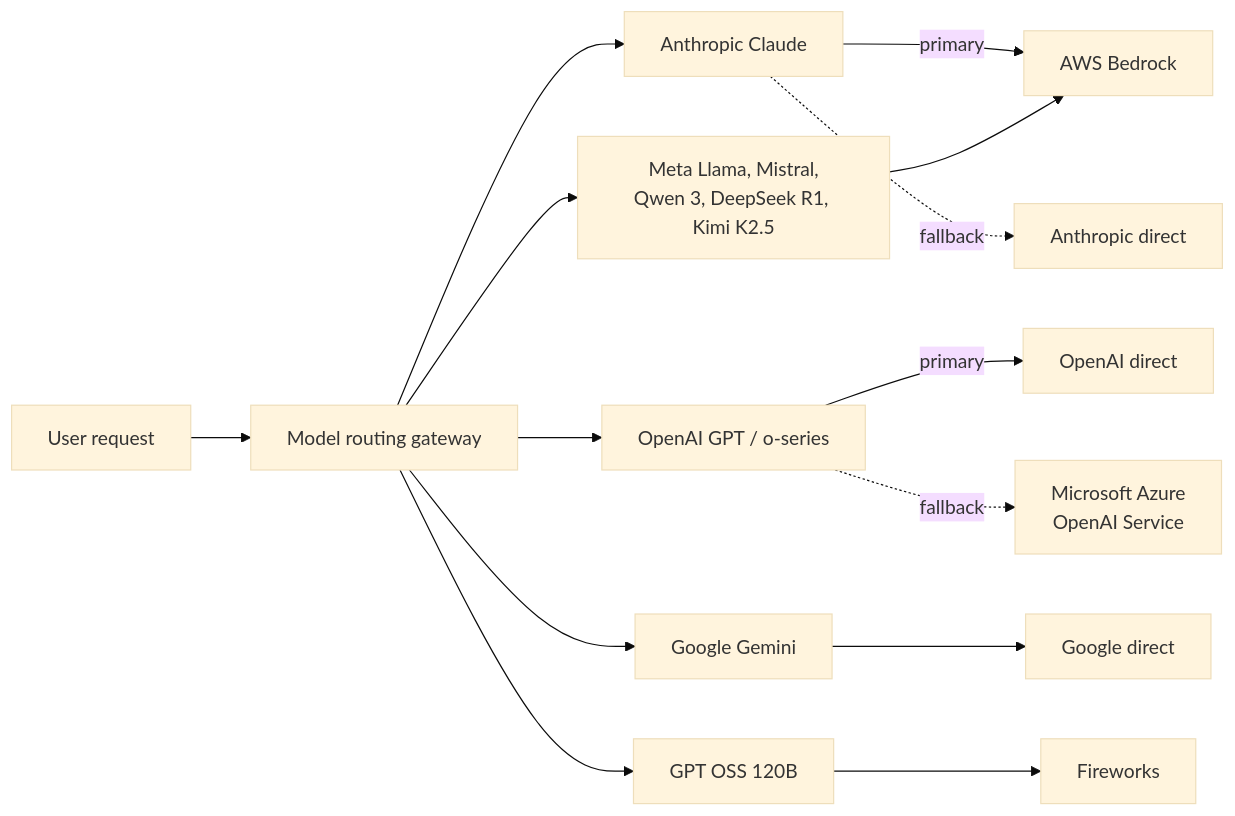
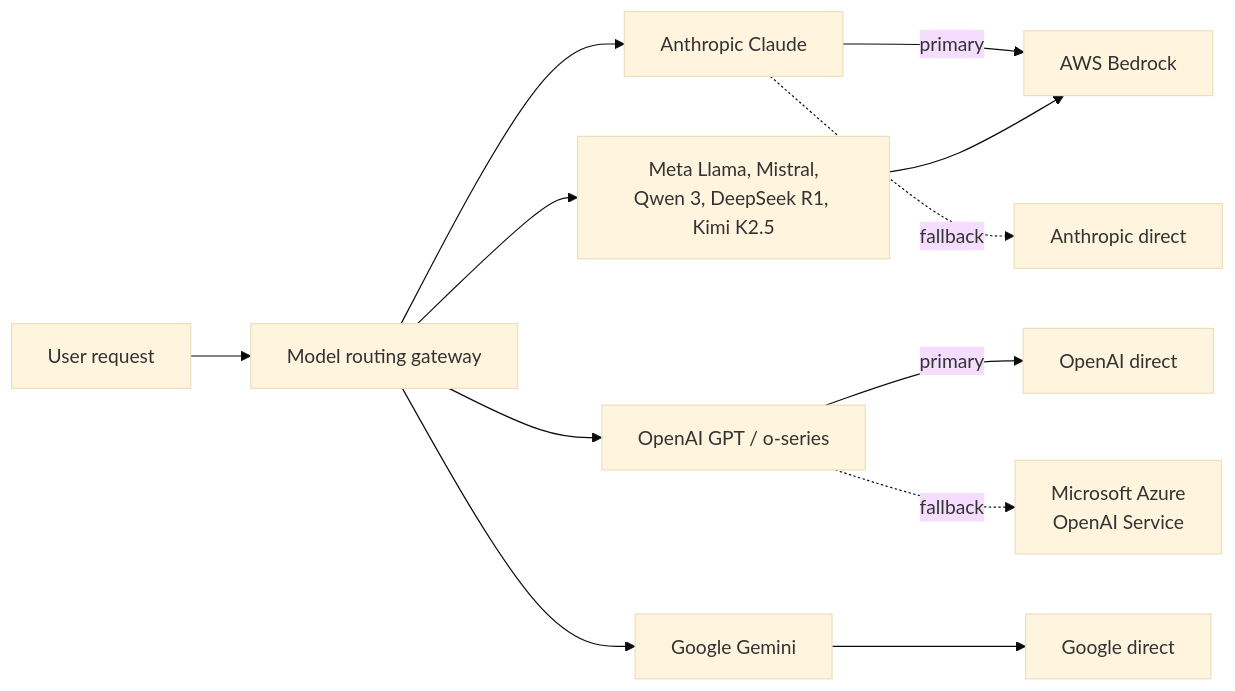
The diagram in faq/Technical.mdx (wymankhuu/docs), drawn with Mermaid (base theme) before and after one commit. The commit also changed other lines of this file and 5 other files, not shown here.

````diff
--- a/faq/Technical.mdx
+++ b/faq/Technical.mdx
@@ -102,19 +101,17 @@
 ```mermaid
 flowchart LR
     U["User request"] --> GW["Model routing gateway"]
     GW --> AN["Anthropic Claude"]
     GW --> OA["OpenAI GPT / o-series"]
     GW --> GG["Google Gemini"]
     GW --> OW["Meta Llama, Mistral,<br/>Qwen 3, DeepSeek R1, Kimi K2.5"]
-    GW --> FW["GPT OSS 120B"]
 
     AN -->|primary| BED["AWS Bedrock"]
     AN -.->|fallback| ANT["Anthropic direct"]
 
     OA -->|primary| OAI["OpenAI direct"]
     OA -.->|fallback| AZ["Microsoft Azure<br/>OpenAI Service"]
 
     GG --> GGL["Google direct"]
     OW --> BED
-    FW --> FWD["Fireworks"]
 ```
````
